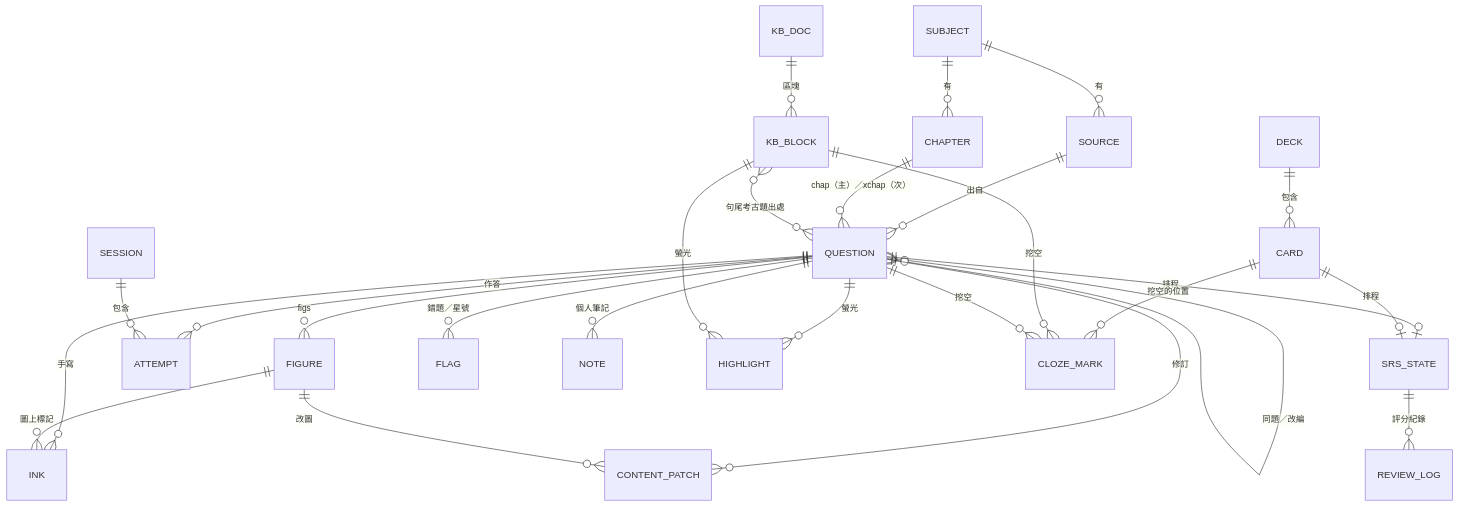
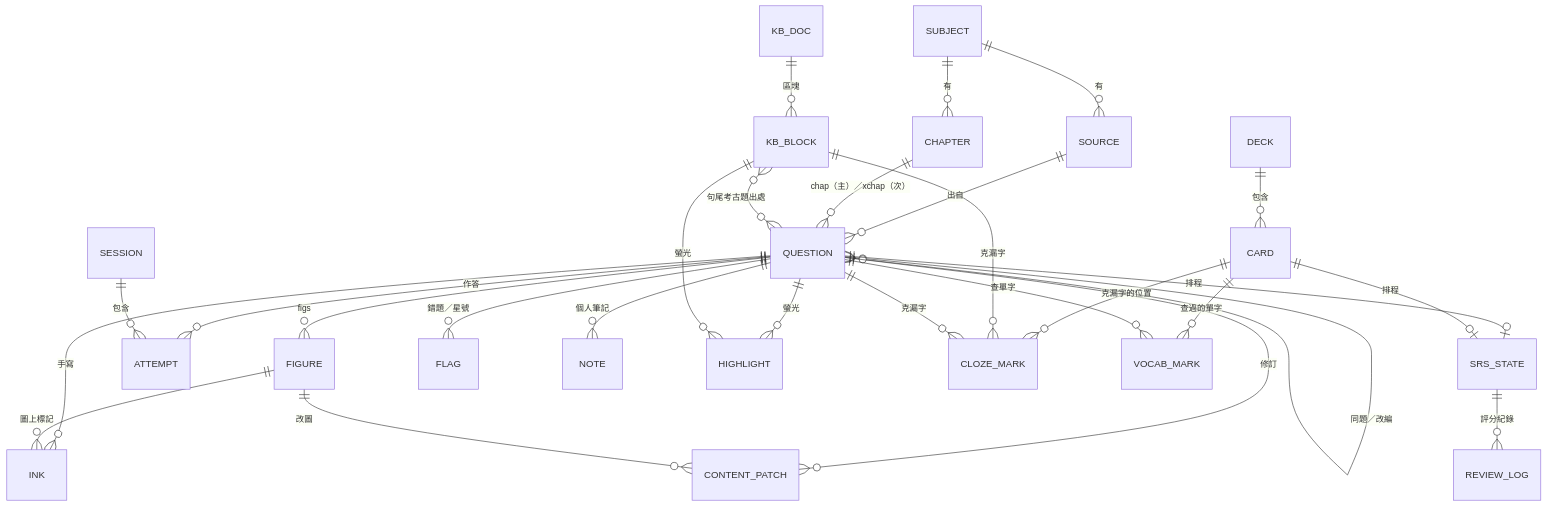
One commit to JimmyinTaipei/postmed-qbank changed the second of 2 diagrams in docs/規劃/01_規格書.md. Above: the diagram before and after it, drawn with Mermaid. The commit also changed other lines of this file and 2 other files, not shown here.

Commit message:
規劃 v5（Fable）：3B 編輯器與註記卡、5B 克漏字定案、5C 遮圖卡、8A–8D 英文、第 9 階段

````diff
--- a/docs/規劃/01_規格書.md
+++ b/docs/規劃/01_規格書.md
@@ -491,28 +509,30 @@
 ```mermaid
 erDiagram
   SUBJECT ||--o{ CHAPTER : 有
   SUBJECT ||--o{ SOURCE : 有
   SOURCE ||--o{ QUESTION : 出自
   CHAPTER ||--o{ QUESTION : "chap（主）／xchap（次）"
   QUESTION ||--o{ FIGURE : figs
   QUESTION }o--o{ QUESTION : "同題／改編"
   KB_DOC ||--o{ KB_BLOCK : 區塊
   KB_BLOCK }o--o{ QUESTION : "句尾考古題出處"
   QUESTION ||--o{ ATTEMPT : 作答
   SESSION ||--o{ ATTEMPT : 包含
   QUESTION ||--o| SRS_STATE : 排程
   CARD ||--o| SRS_STATE : 排程
   SRS_STATE ||--o{ REVIEW_LOG : 評分紀錄
   QUESTION ||--o{ FLAG : "錯題／星號"
   QUESTION ||--o{ NOTE : 個人筆記
   QUESTION ||--o{ HIGHLIGHT : 螢光
   KB_BLOCK ||--o{ HIGHLIGHT : 螢光
   QUESTION ||--o{ INK : 手寫
   FIGURE ||--o{ INK : 圖上標記
   QUESTION ||--o{ CONTENT_PATCH : 修訂
   FIGURE ||--o{ CONTENT_PATCH : 改圖
   DECK ||--o{ CARD : 包含
-  CARD ||--o{ CLOZE_MARK : 挖空的位置
-  KB_BLOCK ||--o{ CLOZE_MARK : 挖空
-  QUESTION ||--o{ CLOZE_MARK : 挖空
+  CARD ||--o{ CLOZE_MARK : 克漏字的位置
+  KB_BLOCK ||--o{ CLOZE_MARK : 克漏字
+  QUESTION ||--o{ CLOZE_MARK : 克漏字
+  CARD ||--o{ VOCAB_MARK : 查過的單字
+  QUESTION ||--o{ VOCAB_MARK : 查單字
 ```
````
